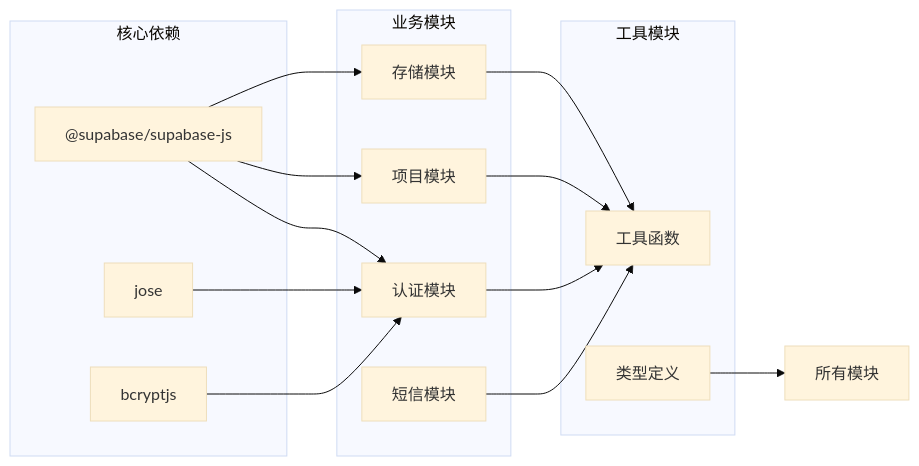
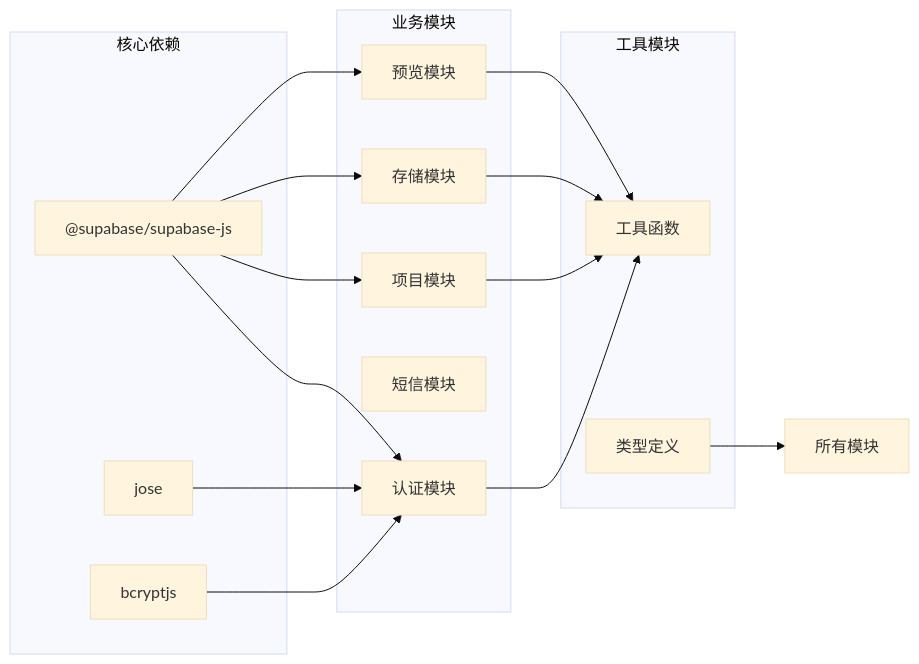
Before and after one commit to billye220670/BananaFlow2: the ninth of 10 diagrams in .qoder/repowiki/zh/content/Database Schema Updates.md, drawn with Mermaid (base theme). The commit also changed other lines of this file and 17 other files, not shown here.

First line of the commit message:
refactor: shimmer单元素架构重构，统一图片URL为Supabase单一来源

````diff
--- a/.qoder/repowiki/zh/content/Database Schema Updates.md
+++ b/.qoder/repowiki/zh/content/Database Schema Updates.md
@@ -279,28 +367,30 @@
 ```mermaid
 graph LR
 subgraph "核心依赖"
 SupabaseJS["@supabase/supabase-js"]
 JWTLib["jose"]
 Bcrypt["bcryptjs"]
 end
 subgraph "业务模块"
 AuthModule[认证模块]
 ProjectModule[项目模块]
 StorageModule[存储模块]
 SMSModule[短信模块]
+PreviewModule[预览模块]
 end
 subgraph "工具模块"
 Utils[工具函数]
 Types[类型定义]
 end
 SupabaseJS --> AuthModule
 SupabaseJS --> ProjectModule
 SupabaseJS --> StorageModule
+SupabaseJS --> PreviewModule
 JWTLib --> AuthModule
 Bcrypt --> AuthModule
 AuthModule --> Utils
 ProjectModule --> Utils
 StorageModule --> Utils
-SMSModule --> Utils
+PreviewModule --> Utils
 Types --> AllModules[所有模块]
 ```
````
